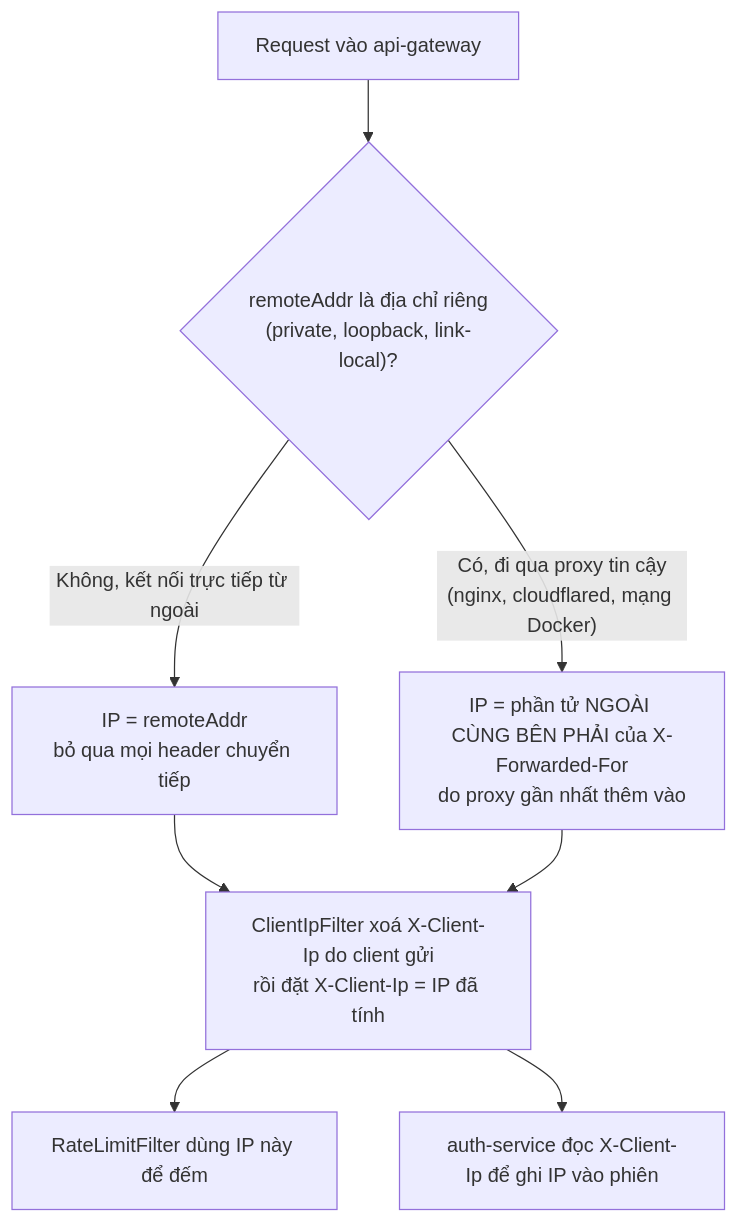
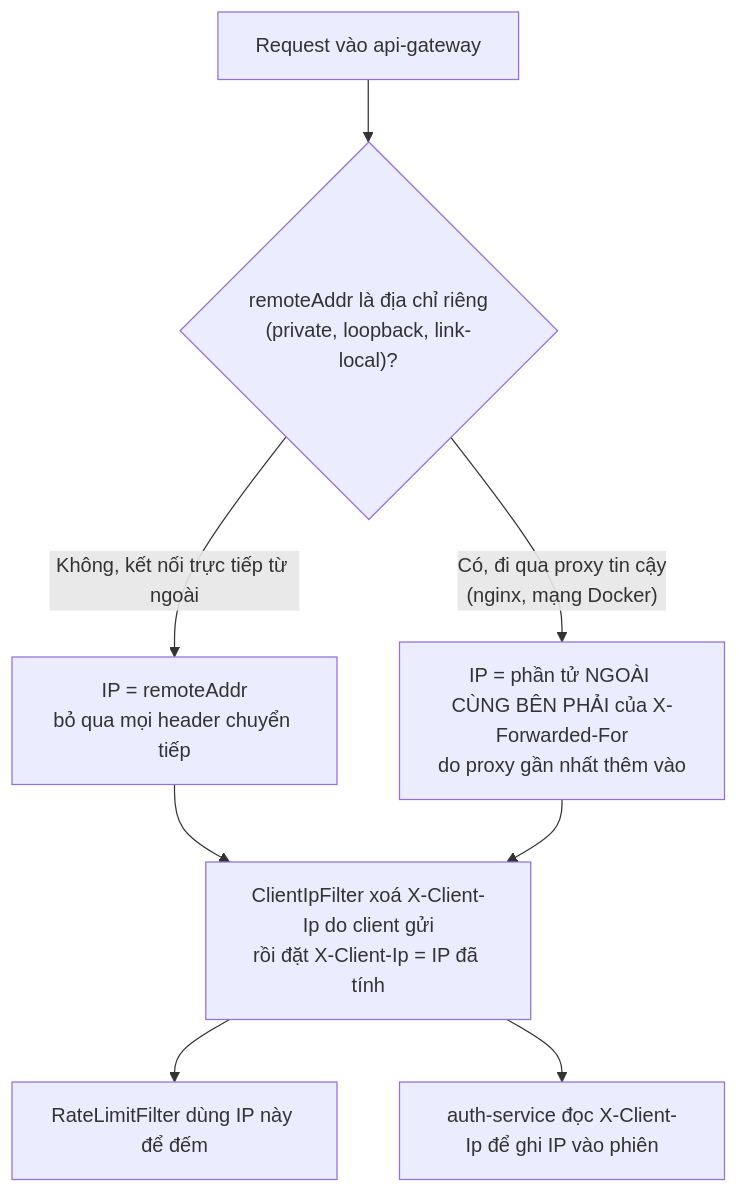
Diagram 35 of 41 in README.md (boyquynhluu/family-expense-manager), drawn with Mermaid before and after one commit. The commit also changed other lines of this file and 5 other files, not shown here.

````diff
--- a/README.md
+++ b/README.md
@@ -1004,10 +1050,10 @@
 ```mermaid
 flowchart TD
     A["Request vào api-gateway"] --> B{"remoteAddr là địa chỉ riêng<br/>(private, loopback, link-local)?"}
     B -- "Không, kết nối trực tiếp từ ngoài" --> C["IP = remoteAddr<br/>bỏ qua mọi header chuyển tiếp"]
-    B -- "Có, đi qua proxy tin cậy<br/>(nginx, cloudflared, mạng Docker)" --> D["IP = phần tử NGOÀI CÙNG BÊN PHẢI của X-Forwarded-For<br/>do proxy gần nhất thêm vào"]
+    B -- "Có, đi qua proxy tin cậy<br/>(nginx, mạng Docker)" --> D["IP = phần tử NGOÀI CÙNG BÊN PHẢI của X-Forwarded-For<br/>do proxy gần nhất thêm vào"]
     C --> E["ClientIpFilter xoá X-Client-Ip do client gửi<br/>rồi đặt X-Client-Ip = IP đã tính"]
     D --> E
     E --> F["RateLimitFilter dùng IP này để đếm"]
     E --> G["auth-service đọc X-Client-Ip để ghi IP vào phiên"]
 ```
````
